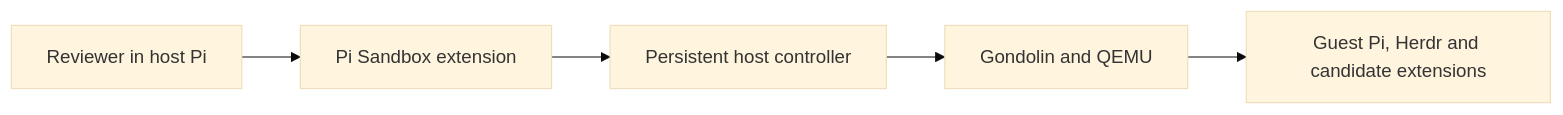
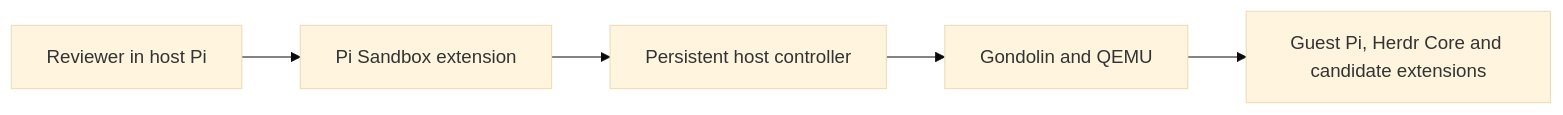
Before and after one commit to IgorWarzocha/howaboua-pi-stuff: the second of 2 diagrams in docs/e2e-sandboxing-test-procedure/README.md, drawn with Mermaid (base theme). The commit also changed other lines of this file and 793 other files, not shown here.

````diff
--- a/docs/e2e-sandboxing-test-procedure/README.md
+++ b/docs/e2e-sandboxing-test-procedure/README.md
@@ -35,7 +35,7 @@
 ```mermaid
 flowchart LR
     Agent[Reviewer in host Pi] --> Tool[Pi Sandbox extension]
     Tool --> Controller[Persistent host controller]
     Controller --> Gondolin[Gondolin and QEMU]
-    Gondolin --> Guest[Guest Pi, Herdr and candidate extensions]
+    Gondolin --> Guest[Guest Pi, Herdr Core and candidate extensions]
 ```
````
